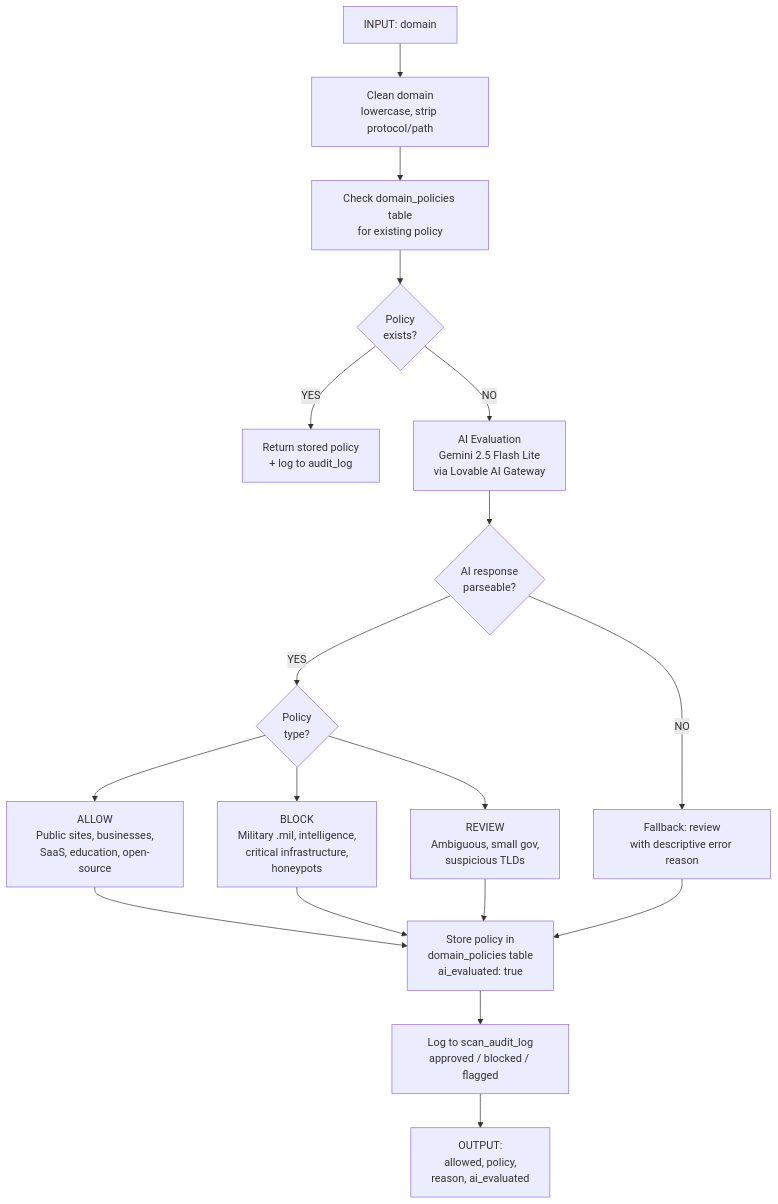
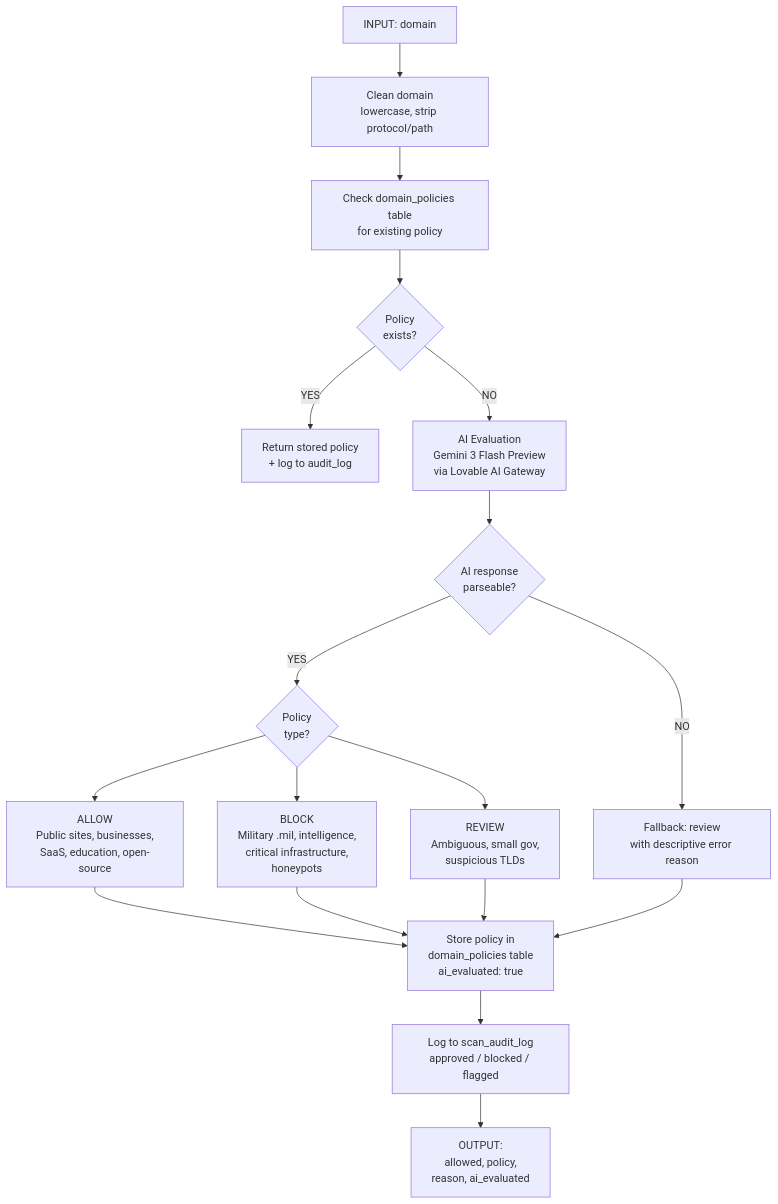
One commit to ritvikindupuri/aegis-intel-scan changed the fifth of 9 diagrams in TECHNICAL_DOCS.md. Above: the diagram before and after it, drawn with Mermaid. The commit also changed other lines of this file and 4 other files, not shown here.

````diff
--- a/TECHNICAL_DOCS.md
+++ b/TECHNICAL_DOCS.md
@@ -569,24 +569,24 @@
 ```mermaid
 flowchart TD
     Input["INPUT: domain"] --> A["Clean domain\nlowercase, strip protocol/path"]
     A --> B["Check domain_policies table\nfor existing policy"]
     B --> C{"Policy\nexists?"}
     C -- "YES" --> D["Return stored policy\n+ log to audit_log"]
-    C -- "NO" --> E["AI Evaluation\nGemini 2.5 Flash Lite\nvia Lovable AI Gateway"]
+    C -- "NO" --> E["AI Evaluation\nGemini 3 Flash Preview\nvia Lovable AI Gateway"]
     
     E --> F{"AI response\nparseable?"}
     F -- "YES" --> G{"Policy\ntype?"}
     F -- "NO" --> H["Fallback: review\nwith descriptive error reason"]
     
     G --> G1["ALLOW\nPublic sites, businesses,\nSaaS, education, open-source"]
     G --> G2["BLOCK\nMilitary .mil, intelligence,\ncritical infrastructure,\nhoneypots"]
     G --> G3["REVIEW\nAmbiguous, small gov,\nsuspicious TLDs"]
     
     G1 --> I["Store policy in\ndomain_policies table\nai_evaluated: true"]
     G2 --> I
     G3 --> I
     H --> I
     
     I --> J["Log to scan_audit_log\napproved / blocked / flagged"]
     J --> Output["OUTPUT:\nallowed, policy,\nreason, ai_evaluated"]
 ```
````
